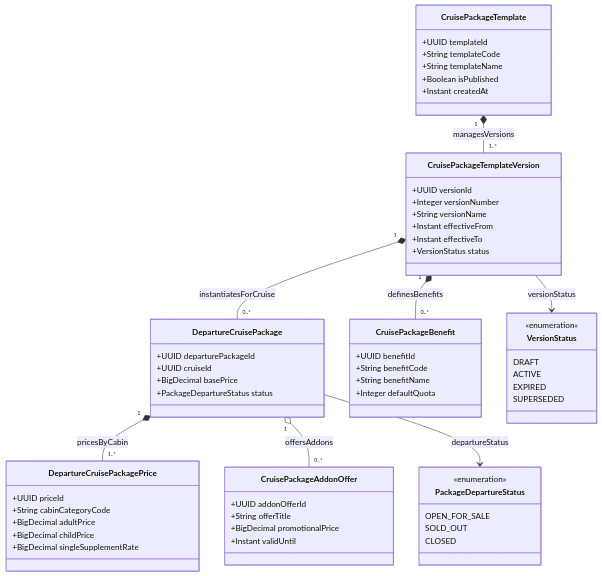
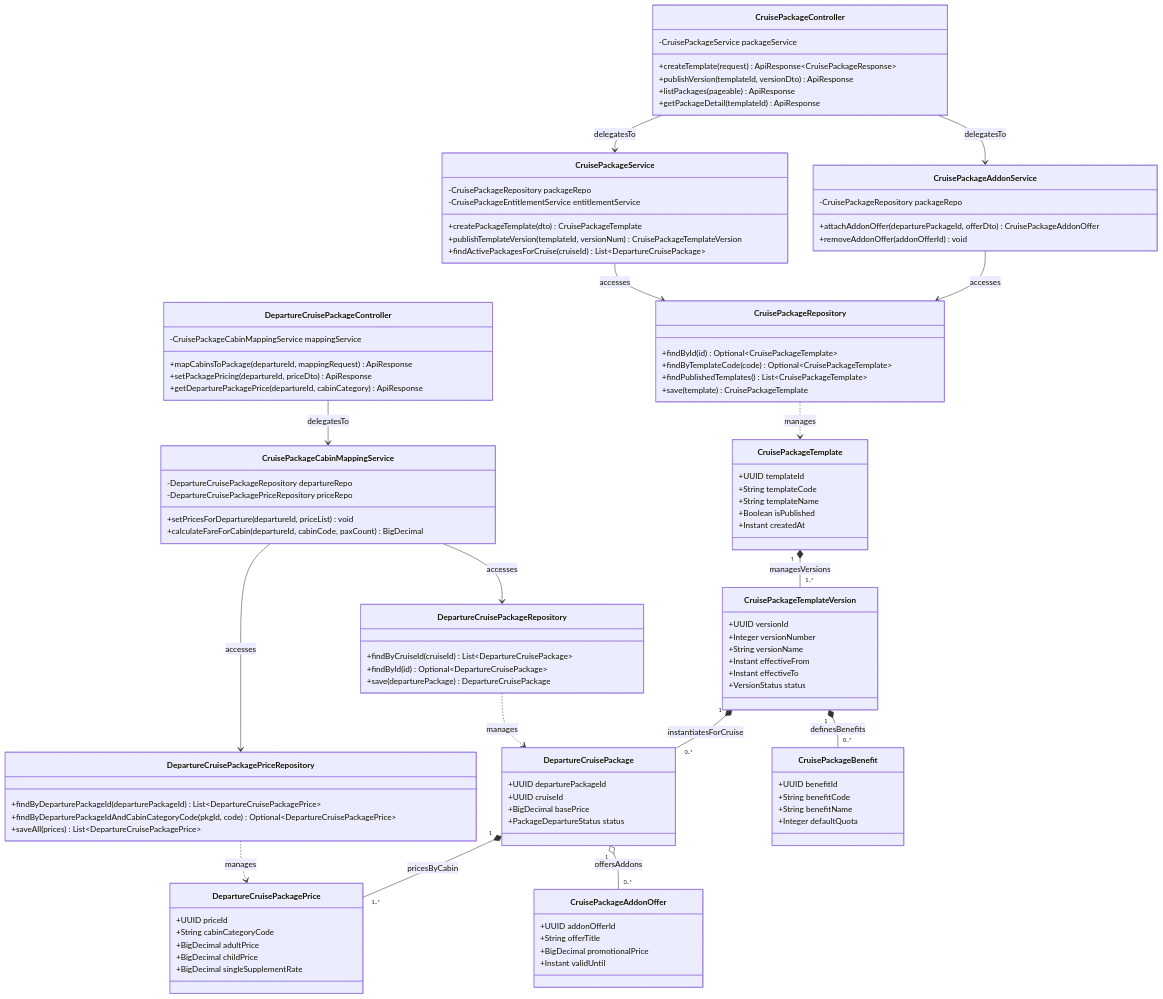
The diagram in docs/class-diagrams/14-pricing-package-engine.md (ShiroSs00/CASMS_Backend), drawn with Mermaid before and after one commit. The commit also changed other lines of this file and 4 other files, not shown here.

Commit message:
docs: enrich class diagrams 10 to 14 with full 4-tier design (Controller, Service, Repository, Entity)

````diff
--- a/docs/class-diagrams/14-pricing-package-engine.md
+++ b/docs/class-diagrams/14-pricing-package-engine.md
@@ -8,6 +8,65 @@
 classDiagram
     direction TB
 
+    %% 1. Controller Layer
+    class CruisePackageController {
+        -CruisePackageService packageService
+        +createTemplate(request) ApiResponse~CruisePackageResponse~
+        +publishVersion(templateId, versionDto) ApiResponse
+        +listPackages(pageable) ApiResponse
+        +getPackageDetail(templateId) ApiResponse
+    }
+
+    class DepartureCruisePackageController {
+        -CruisePackageCabinMappingService mappingService
+        +mapCabinsToPackage(departureId, mappingRequest) ApiResponse
+        +setPackagePricing(departureId, priceDto) ApiResponse
+        +getDeparturePackagePrice(departureId, cabinCategory) ApiResponse
+    }
+
+    %% 2. Service Layer
+    class CruisePackageService {
+        -CruisePackageRepository packageRepo
+        -CruisePackageEntitlementService entitlementService
+        +createPackageTemplate(dto) CruisePackageTemplate
+        +publishTemplateVersion(templateId, versionNum) CruisePackageTemplateVersion
+        +findActivePackagesForCruise(cruiseId) List~DepartureCruisePackage~
+    }
+
+    class CruisePackageAddonService {
+        -CruisePackageRepository packageRepo
+        +attachAddonOffer(departurePackageId, offerDto) CruisePackageAddonOffer
+        +removeAddonOffer(addonOfferId) void
+    }
+
+    class CruisePackageCabinMappingService {
+        -DepartureCruisePackageRepository departureRepo
+        -DepartureCruisePackagePriceRepository priceRepo
+        +setPricesForDeparture(departureId, priceList) void
+        +calculateFareForCabin(departureId, cabinCode, paxCount) BigDecimal
+    }
+
+    %% 3. Repository Layer
+    class CruisePackageRepository {
+        +findById(id) Optional~CruisePackageTemplate~
+        +findByTemplateCode(code) Optional~CruisePackageTemplate~
+        +findPublishedTemplates() List~CruisePackageTemplate~
+        +save(template) CruisePackageTemplate
+    }
+
+    class DepartureCruisePackageRepository {
+        +findByCruiseId(cruiseId) List~DepartureCruisePackage~
+        +findById(id) Optional~DepartureCruisePackage~
+        +save(departurePackage) DepartureCruisePackage
+    }
+
+    class DepartureCruisePackagePriceRepository {
+        +findByDeparturePackageId(departurePackageId) List~DepartureCruisePackagePrice~
+        +findByDeparturePackageIdAndCabinCategoryCode(pkgId, code) Optional~DepartureCruisePackagePrice~
+        +saveAll(prices) List~DepartureCruisePackagePrice~
+    }
+
+    %% 4. Entity Layer
     class CruisePackageTemplate {
         +UUID templateId
         +String templateCode
@@ -54,27 +113,23 @@
         +Instant validUntil
     }
 
-    class VersionStatus {
-        <<enumeration>>
-        DRAFT
-        ACTIVE
-        EXPIRED
-        SUPERSEDED
-    }
+    %% Inter-Layer and Domain Relationships
+    CruisePackageController --> CruisePackageService : delegatesTo
+    DepartureCruisePackageController --> CruisePackageCabinMappingService : delegatesTo
+    CruisePackageController --> CruisePackageAddonService : delegatesTo
 
-    class PackageDepartureStatus {
-        <<enumeration>>
-        OPEN_FOR_SALE
-        SOLD_OUT
-        CLOSED
-    }
+    CruisePackageService --> CruisePackageRepository : accesses
+    CruisePackageAddonService --> CruisePackageRepository : accesses
+    CruisePackageCabinMappingService --> DepartureCruisePackageRepository : accesses
+    CruisePackageCabinMappingService --> DepartureCruisePackagePriceRepository : accesses
 
-    %% Relationships
+    CruisePackageRepository ..> CruisePackageTemplate : manages
+    DepartureCruisePackageRepository ..> DepartureCruisePackage : manages
+    DepartureCruisePackagePriceRepository ..> DepartureCruisePackagePrice : manages
+
     CruisePackageTemplate "1" *-- "1..*" CruisePackageTemplateVersion : managesVersions
     CruisePackageTemplateVersion "1" *-- "0..*" DepartureCruisePackage : instantiatesForCruise
     DepartureCruisePackage "1" *-- "1..*" DepartureCruisePackagePrice : pricesByCabin
     CruisePackageTemplateVersion "1" *-- "0..*" CruisePackageBenefit : definesBenefits
     DepartureCruisePackage "1" o-- "0..*" CruisePackageAddonOffer : offersAddons
-    CruisePackageTemplateVersion --> VersionStatus : versionStatus
-    DepartureCruisePackage --> PackageDepartureStatus : departureStatus
 ```
````
